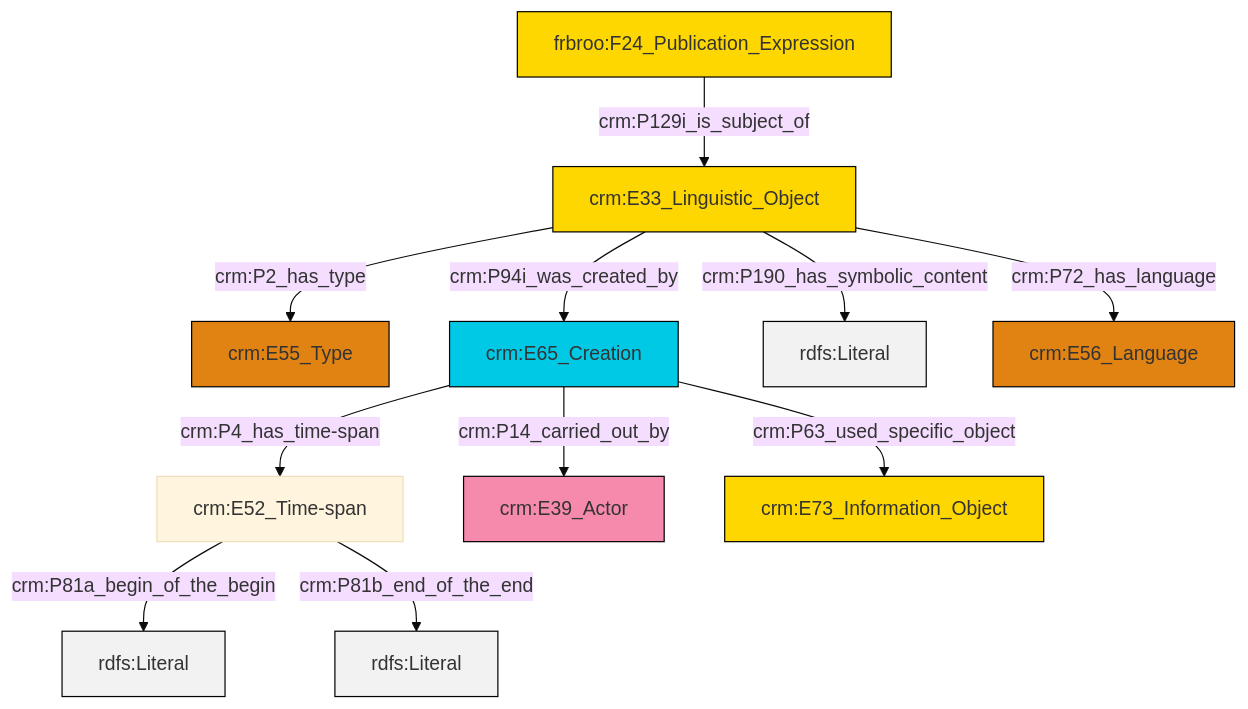
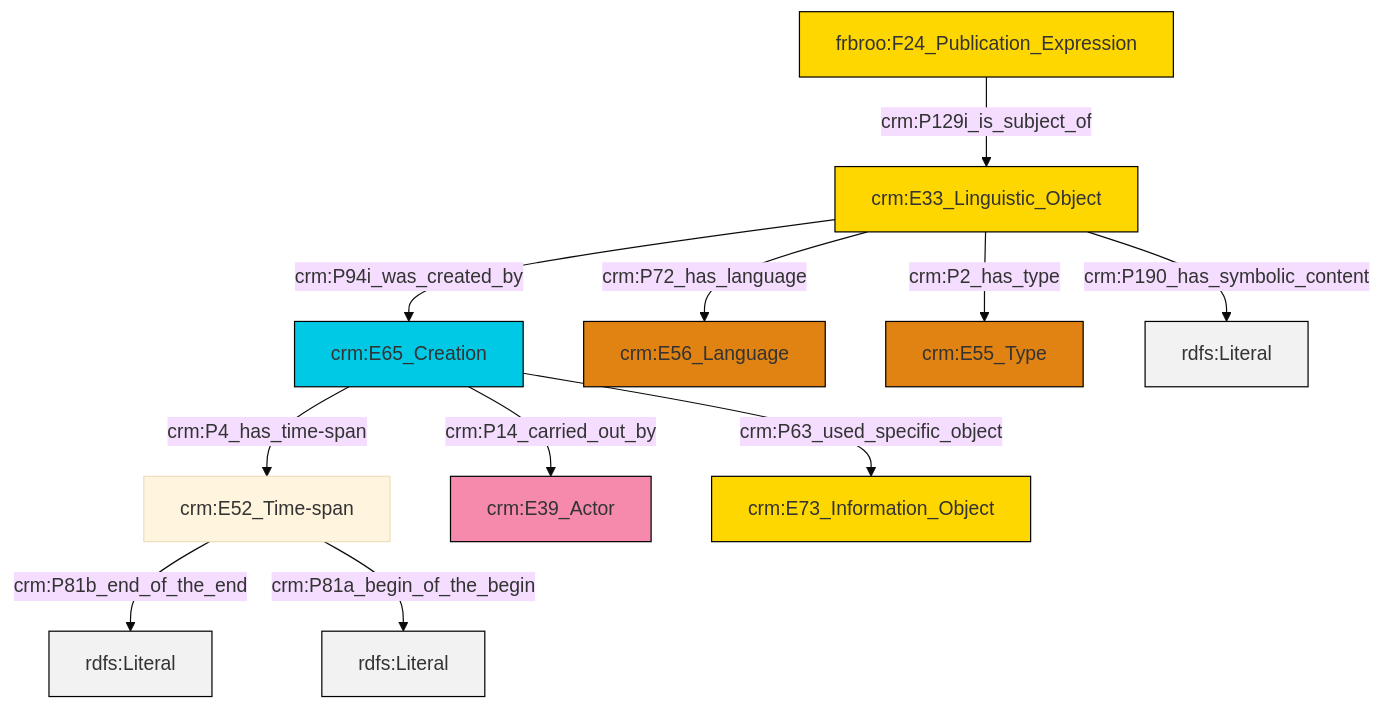
One commit to swiss-art-research-net/reference-data-models changed the diagram in et/biblioCSV/ttl/mmd/biblio_description.ttl.mmd. Above: the diagram before and after it, drawn with Mermaid (base theme). The commit also changed 150 other files, not shown here.

```diff
--- a/et/biblioCSV/ttl/mmd/biblio_description.ttl.mmd
+++ b/et/biblioCSV/ttl/mmd/biblio_description.ttl.mmd
@@ -1,25 +1,25 @@
 graph TD
 classDef Literal fill:#f2f2f2,stroke:#000000;
 classDef CRM_Entity fill:#FFFFFF,stroke:#000000;
 classDef Temporal_Entity fill:#00C9E6, stroke:#000000;
 classDef Type fill:#E18312, stroke:#000000;
 classDef Time-Span fill:#2C9C91, stroke:#000000;
 classDef Appellation fill:#FFEB7F, stroke:#000000;
 classDef Place fill:#008836, stroke:#000000;
 classDef Persistent_Item fill:#B266B2, stroke:#000000;
 classDef Conceptual_Object fill:#FFD700, stroke:#000000;
 classDef Physical_Thing fill:#D2B48C, stroke:#000000;
 classDef Actor fill:#f58aad, stroke:#000000;
 classDef PC_Classes fill:#4ce600, stroke:#000000;
 classDef Multi fill:#cccccc,stroke:#000000;
 
-0["frbroo:F24_Publication_Expression"]:::Conceptual_Object -->|crm:P129i_is_subject_of| 1["crm:E33_Linguistic_Object"]:::Conceptual_Object
-3["crm:E52_Time-span"]:::Default -->|crm:P81a_begin_of_the_begin| 4[rdfs:Literal]:::Literal
-1["crm:E33_Linguistic_Object"]:::Conceptual_Object -->|crm:P2_has_type| 5["crm:E55_Type"]:::Type
-1["crm:E33_Linguistic_Object"]:::Conceptual_Object -->|crm:P94i_was_created_by| 6["crm:E65_Creation"]:::Temporal_Entity
-1["crm:E33_Linguistic_Object"]:::Conceptual_Object -->|crm:P190_has_symbolic_content| 13[rdfs:Literal]:::Literal
-3["crm:E52_Time-span"]:::Default -->|crm:P81b_end_of_the_end| 16[rdfs:Literal]:::Literal
-6["crm:E65_Creation"]:::Temporal_Entity -->|crm:P63_used_specific_object| 10["crm:E73_Information_Object"]:::Conceptual_Object
-1["crm:E33_Linguistic_Object"]:::Conceptual_Object -->|crm:P72_has_language| 14["crm:E56_Language"]:::Type
-6["crm:E65_Creation"]:::Temporal_Entity -->|crm:P14_carried_out_by| 8["crm:E39_Actor"]:::Actor
-6["crm:E65_Creation"]:::Temporal_Entity -->|crm:P4_has_time-span| 3["crm:E52_Time-span"]:::Default
+0["crm:E52_Time-span"]:::Default -->|crm:P81b_end_of_the_end| 1[rdfs:Literal]:::Literal
+2["crm:E65_Creation"]:::Temporal_Entity -->|crm:P14_carried_out_by| 3["crm:E39_Actor"]:::Actor
+4["crm:E33_Linguistic_Object"]:::Conceptual_Object -->|crm:P72_has_language| 5["crm:E56_Language"]:::Type
+2["crm:E65_Creation"]:::Temporal_Entity -->|crm:P4_has_time-span| 0["crm:E52_Time-span"]:::Default
+7["frbroo:F24_Publication_Expression"]:::Conceptual_Object -->|crm:P129i_is_subject_of| 4["crm:E33_Linguistic_Object"]:::Conceptual_Object
+2["crm:E65_Creation"]:::Temporal_Entity -->|crm:P63_used_specific_object| 9["crm:E73_Information_Object"]:::Conceptual_Object
+0["crm:E52_Time-span"]:::Default -->|crm:P81a_begin_of_the_begin| 13[rdfs:Literal]:::Literal
+4["crm:E33_Linguistic_Object"]:::Conceptual_Object -->|crm:P94i_was_created_by| 2["crm:E65_Creation"]:::Temporal_Entity
+4["crm:E33_Linguistic_Object"]:::Conceptual_Object -->|crm:P2_has_type| 10["crm:E55_Type"]:::Type
+4["crm:E33_Linguistic_Object"]:::Conceptual_Object -->|crm:P190_has_symbolic_content| 18[rdfs:Literal]:::Literal
```
